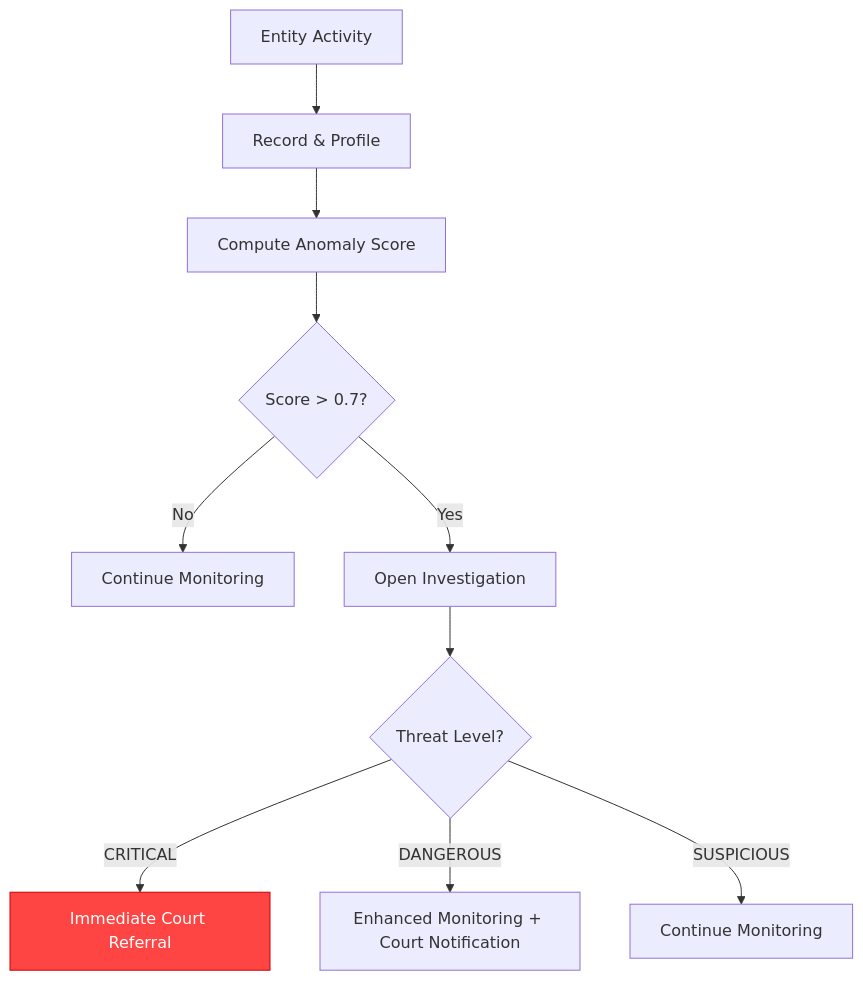
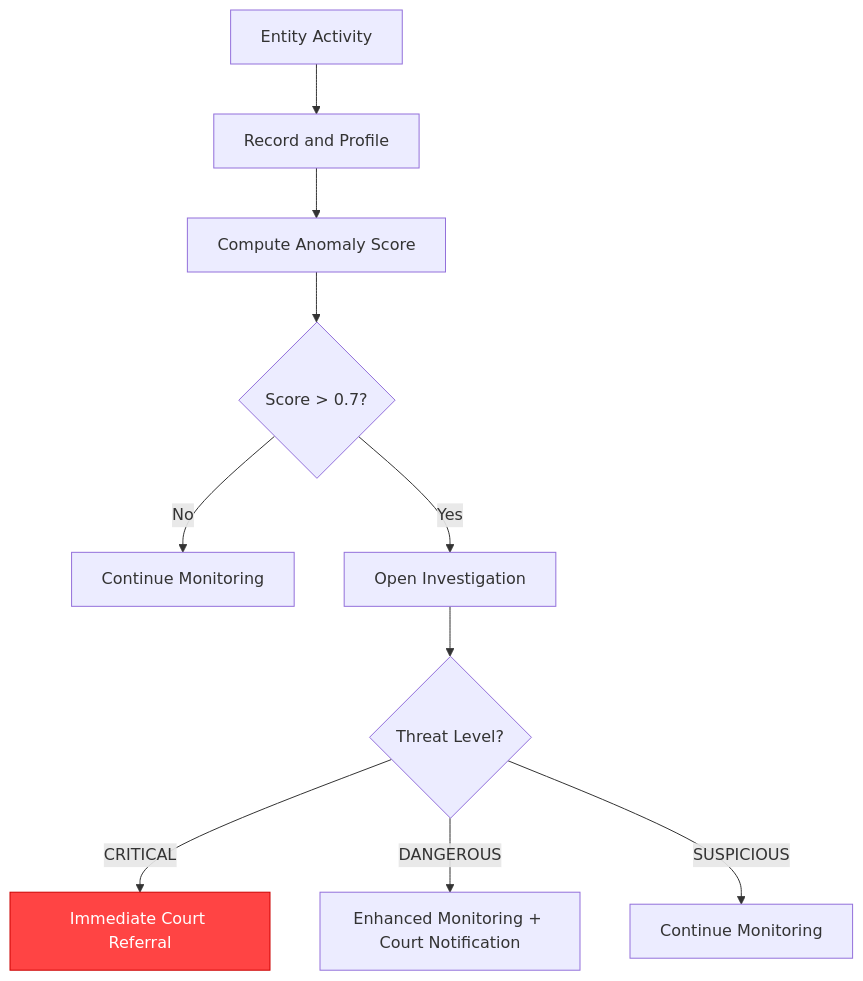
Before and after one commit to boopathygamer/astra-agent: the fourth of 9 diagrams in README.md, drawn with Mermaid. The commit also changed other lines of this file, not shown here.

````diff
--- a/README.md
+++ b/README.md
@@ -374,14 +384,14 @@
 ```mermaid
 flowchart TD
-    A["Entity Activity"] --> B["Record & Profile"]
+    A["Entity Activity"] --> B["Record and Profile"]
     B --> C["Compute Anomaly Score"]
     C --> D{"Score > 0.7?"}
-    D -->|"No"| E["Continue Monitoring"]
-    D -->|"Yes"| F["Open Investigation"]
+    D -->|No| E["Continue Monitoring"]
+    D -->|Yes| F["Open Investigation"]
     F --> G{"Threat Level?"}
-    G -->|"CRITICAL"| H["Immediate Court Referral"]
-    G -->|"DANGEROUS"| I["Enhanced Monitoring + Court Notification"]
-    G -->|"SUSPICIOUS"| J["Continue Monitoring"]
+    G -->|CRITICAL| H["Immediate Court Referral"]
+    G -->|DANGEROUS| I["Enhanced Monitoring + Court Notification"]
+    G -->|SUSPICIOUS| J["Continue Monitoring"]
     
     style H fill:#ff4444,stroke:#cc0000,color:#fff
 ```
````
